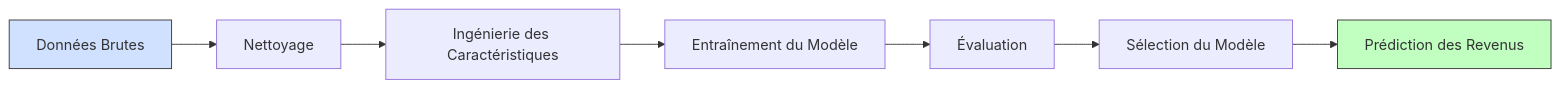
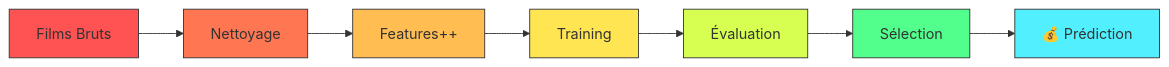
One commit to Beg1nner4ever/y_BoxOffice changed the diagram in README.md. Above: the diagram before and after it, drawn with Mermaid. The commit also changed other lines of this file, not shown here.

````diff
--- a/README.md
+++ b/README.md
@@ -35,12 +45,18 @@
 ```mermaid
 graph LR
-    A[Données Brutes] --> B[Nettoyage]
-    B --> C[Ingénierie des Caractéristiques]
-    C --> D[Entraînement du Modèle]
+    A[Films Bruts] --> B[Nettoyage]
+    B --> C[Features++]
+    C --> D[Training]
     D --> E[Évaluation]
-    E --> F[Sélection du Modèle]
-    F --> G[Prédiction des Revenus]
+    E --> F[Sélection]
+    F --> G[💰 Prédiction]
     
-    style A fill:#d0e0ff,stroke:#333
-    style G fill:#c0ffc0,stroke:#333
+    style A fill:#FF5252,stroke:#333
+    style B fill:#FF7752,stroke:#333
+    style C fill:#FFBD52,stroke:#333
+    style D fill:#FFE552,stroke:#333
+    style E fill:#D6FF52,stroke:#333
+    style F fill:#52FF8C,stroke:#333
+    style G fill:#52F0FF,stroke:#333
+
 ```
````
